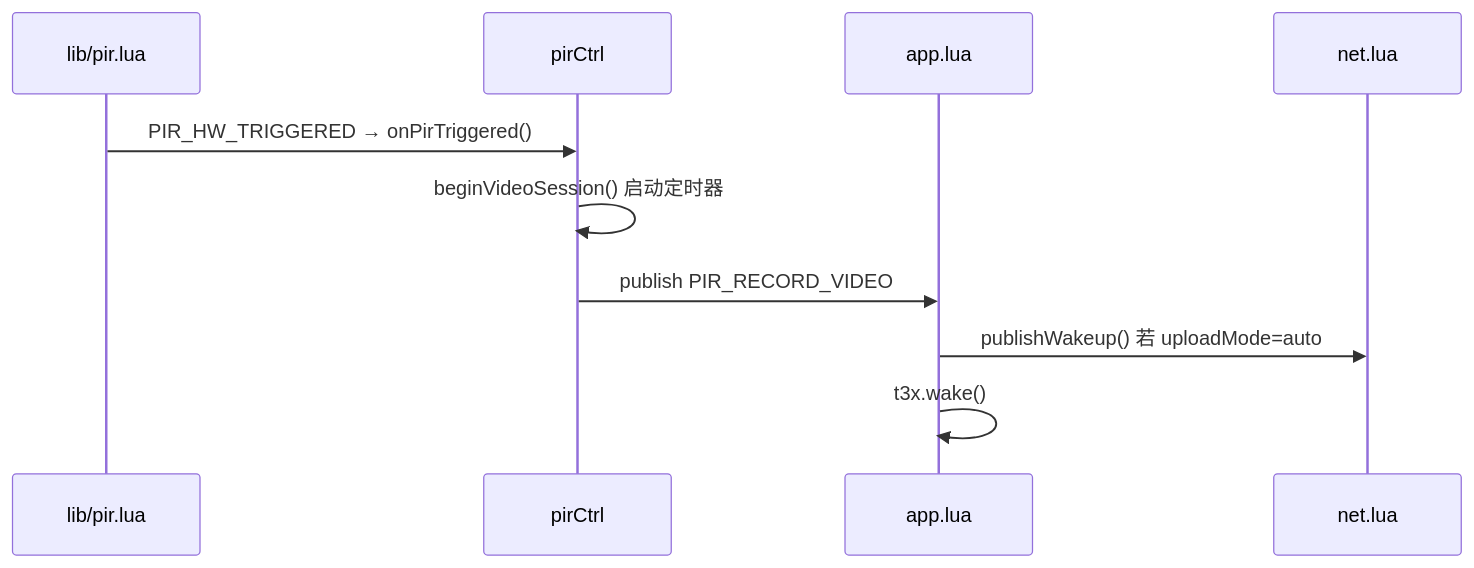
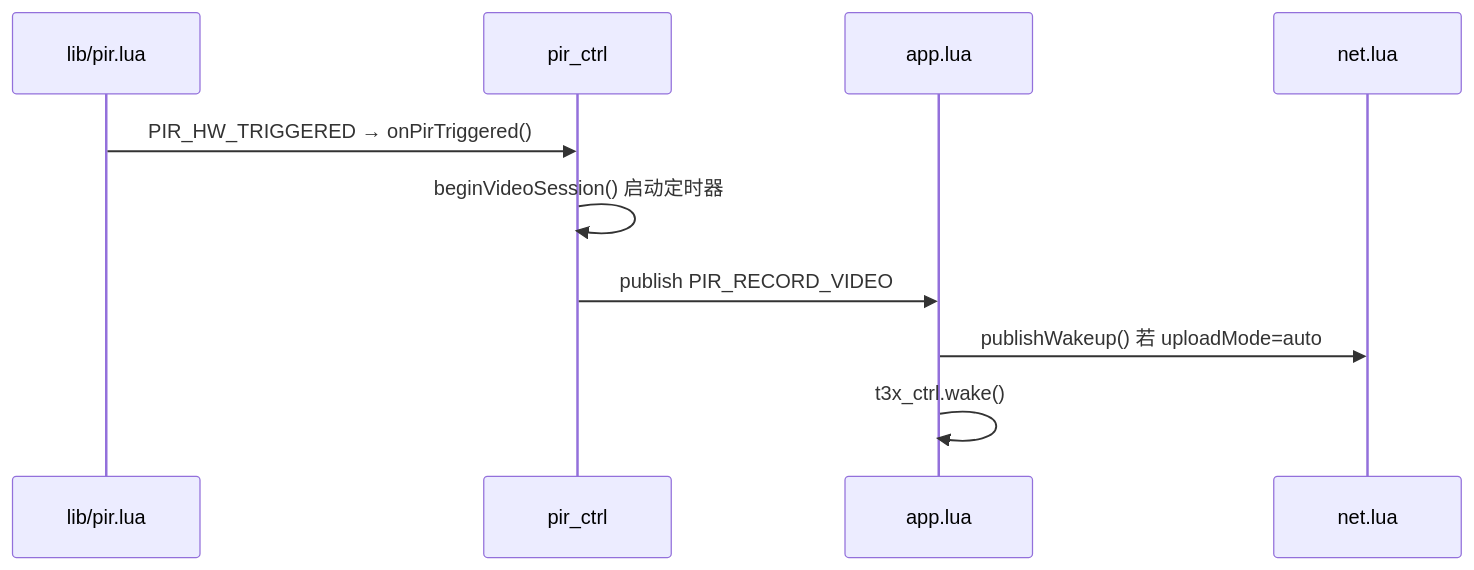
The first of 2 diagrams in doc/PIR_PROTOCOL.md (dzr1986/AIR780EHM), drawn with Mermaid before and after one commit. The commit also changed other lines of this file and 40 other files, not shown here.

````diff
--- a/doc/PIR_PROTOCOL.md
+++ b/doc/PIR_PROTOCOL.md
@@ -80,13 +80,13 @@
 ```mermaid
 sequenceDiagram
     participant PIR as lib/pir.lua
-    participant CFG as pirCtrl
+    participant CFG as pir_ctrl
     participant APP as app.lua
     participant NET as net.lua
 
     PIR->>CFG: PIR_HW_TRIGGERED → onPirTriggered()
     CFG->>CFG: beginVideoSession() 启动定时器
     CFG->>APP: publish PIR_RECORD_VIDEO
     APP->>NET: publishWakeup() 若 uploadMode=auto
-    APP->>APP: t3x.wake()
+    APP->>APP: t3x_ctrl.wake()
 ```
````
